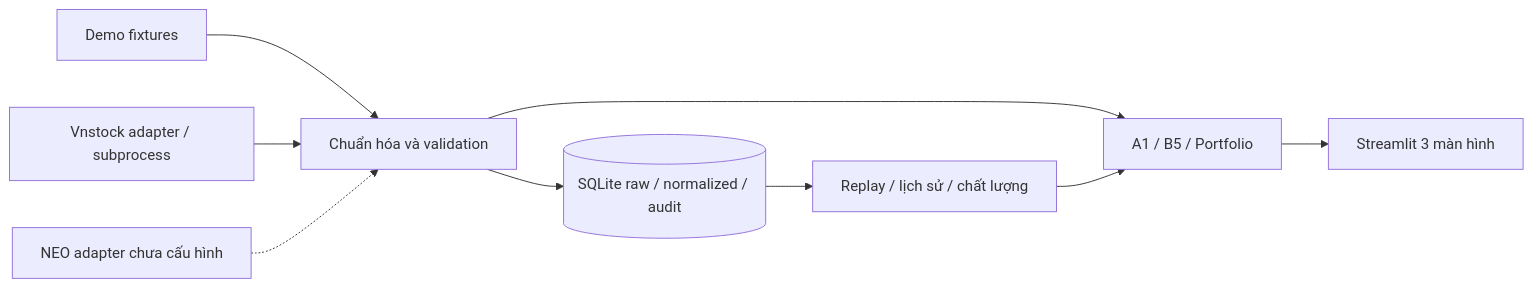
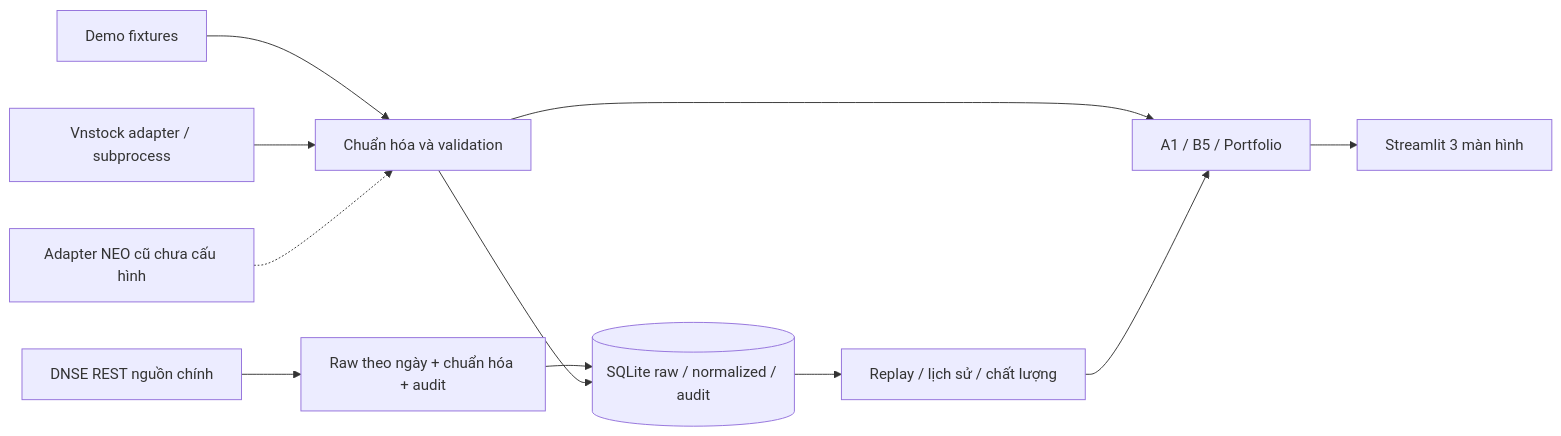
Before and after one commit to TranThanhPhu39/neo-liquiditylab: the diagram in README.md, drawn with Mermaid. The commit also changed other lines of this file and 11 other files, not shown here.

````diff
--- a/README.md
+++ b/README.md
@@ -101,11 +107,13 @@
 ```mermaid
 flowchart LR
     Demo[Demo fixtures] --> Normalize[Chuẩn hóa và validation]
     Vnstock[Vnstock adapter / subprocess] --> Normalize
-    Neo[NEO adapter chưa cấu hình] -.-> Normalize
+    DNSE[DNSE REST nguồn chính] --> RawDNSE[Raw theo ngày + chuẩn hóa + audit]
+    RawDNSE --> DB
+    Neo[Adapter NEO cũ chưa cấu hình] -.-> Normalize
     Normalize --> DB[(SQLite raw / normalized / audit)]
     Normalize --> Engine[A1 / B5 / Portfolio]
     DB --> Replay[Replay / lịch sử / chất lượng]
     Replay --> Engine
     Engine --> UI[Streamlit 3 màn hình]
 ```
````
